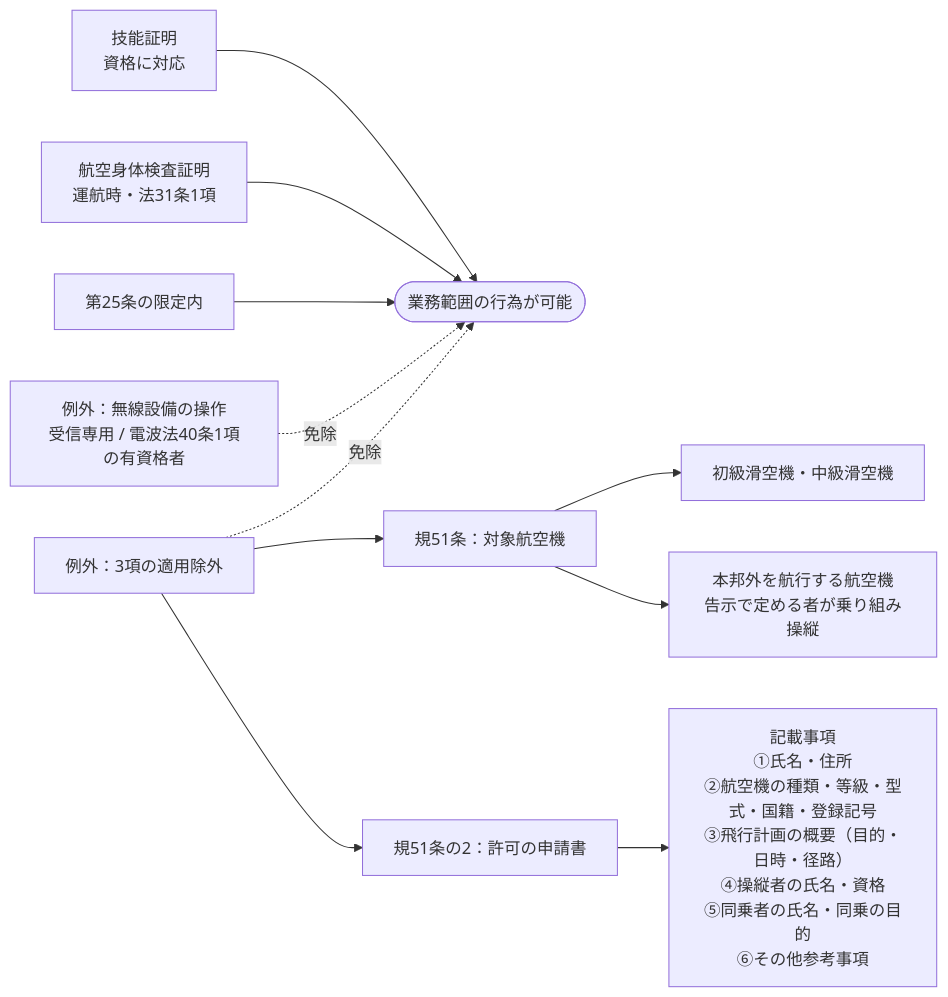
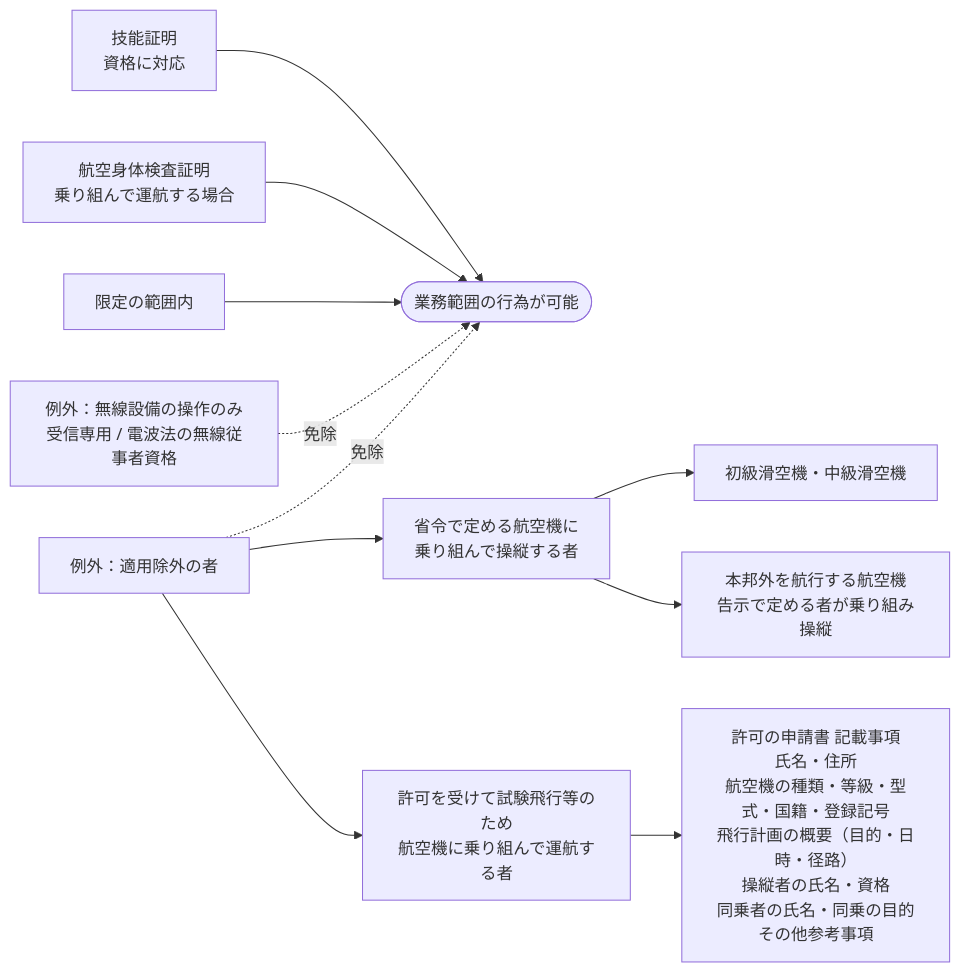
One commit to yonemotoBB/pil changed the second of 2 diagrams in chapters/04_第四章.md. Above: the diagram before and after it, drawn with Mermaid.

Commit message:
Refine Article 28 diagram: add test-flight operator, drop citations
Show both Paragraph 3 exemption categories (aircraft-operation case
and permitted test-flight operation case) and remove all article/
paragraph number citations, keeping only conceptual labels.

````diff
--- a/chapters/04_第四章.md
+++ b/chapters/04_第四章.md
@@ -137,17 +137,17 @@
 ```mermaid
 flowchart LR
     K["技能証明<br/>資格に対応"]
-    M["航空身体検査証明<br/>運航時・法31条1項"]
-    G["第25条の限定内"]
+    M["航空身体検査証明<br/>乗り組んで運航する場合"]
+    G["限定の範囲内"]
     K & M & G --> P(["業務範囲の行為が可能"])
 
-    EX1["例外：無線設備の操作<br/>受信専用 / 電波法40条1項の有資格者"] -. 免除 .-> P
-    EX2["例外：3項の適用除外"] -. 免除 .-> P
+    EX1["例外：無線設備の操作のみ<br/>受信専用 / 電波法の無線従事者資格"] -. 免除 .-> P
+    EX2["例外：適用除外の者"] -. 免除 .-> P
 
-    EX2 --> R51["規51条：対象航空機"]
-    R51 --> R51a["初級滑空機・中級滑空機"]
-    R51 --> R51b["本邦外を航行する航空機<br/>告示で定める者が乗り組み操縦"]
+    EX2 --> A["省令で定める航空機に<br/>乗り組んで操縦する者"]
+    A --> A1["初級滑空機・中級滑空機"]
+    A --> A2["本邦外を航行する航空機<br/>告示で定める者が乗り組み操縦"]
 
-    EX2 --> R512["規51条の2：許可の申請書"]
-    R512 --> R512a["記載事項<br/>①氏名・住所<br/>②航空機の種類・等級・型式・国籍・登録記号<br/>③飛行計画の概要（目的・日時・径路）<br/>④操縦者の氏名・資格<br/>⑤同乗者の氏名・同乗の目的<br/>⑥その他参考事項"]
+    EX2 --> B["許可を受けて試験飛行等のため<br/>航空機に乗り組んで運航する者"]
+    B --> B1["許可の申請書 記載事項<br/>氏名・住所<br/>航空機の種類・等級・型式・国籍・登録記号<br/>飛行計画の概要（目的・日時・径路）<br/>操縦者の氏名・資格<br/>同乗者の氏名・同乗の目的<br/>その他参考事項"]
 ```
````
